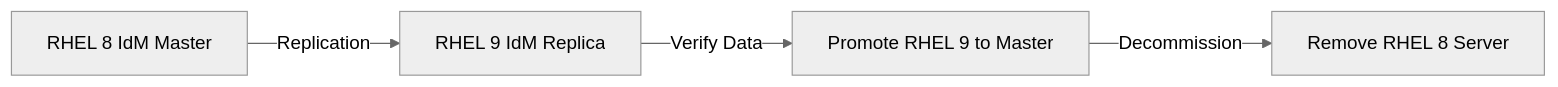
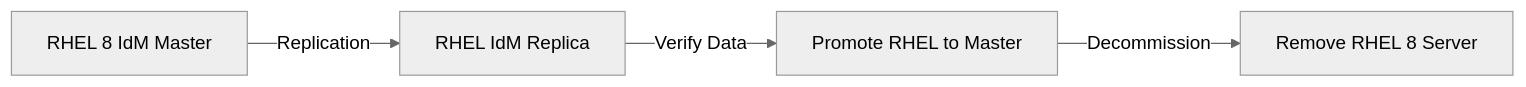
The diagram in posts/2026-03-04-migrate-identity-management-rhel-8-to-rhel-9/README.md (OneUptime/blog), drawn with Mermaid (neutral theme) before and after one commit. The commit also changed other lines of this file and 4866 other files, not shown here.

````diff
--- a/posts/2026-03-04-migrate-identity-management-rhel-8-to-rhel-9/README.md
+++ b/posts/2026-03-04-migrate-identity-management-rhel-8-to-rhel-9/README.md
@@ -15,6 +15,6 @@
 ```mermaid
 flowchart LR
-    A[RHEL 8 IdM Master] -->|Replication| B[RHEL 9 IdM Replica]
-    B -->|Verify Data| C[Promote RHEL 9 to Master]
+    A[RHEL 8 IdM Master] -->|Replication| B[RHEL IdM Replica]
+    B -->|Verify Data| C[Promote RHEL to Master]
     C -->|Decommission| D[Remove RHEL 8 Server]
 ```
````
